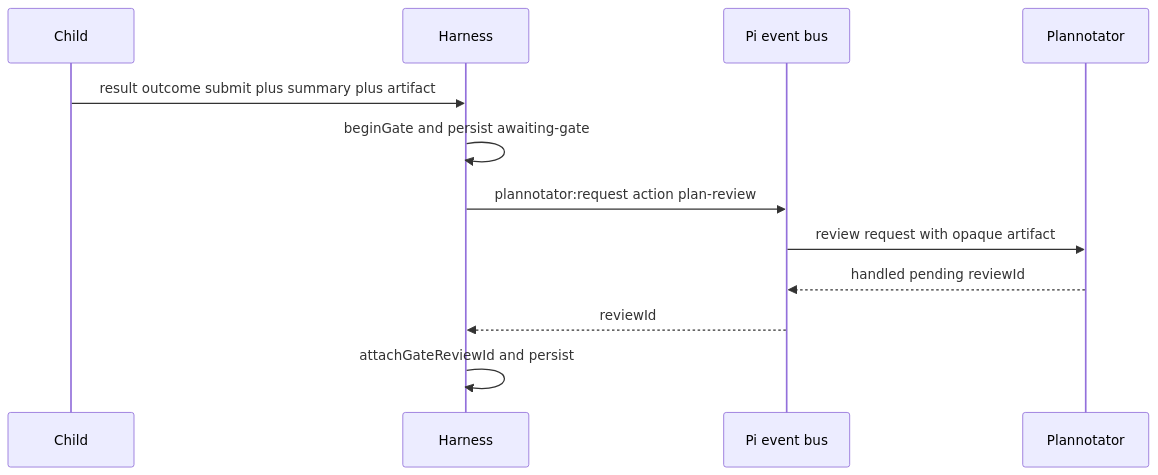
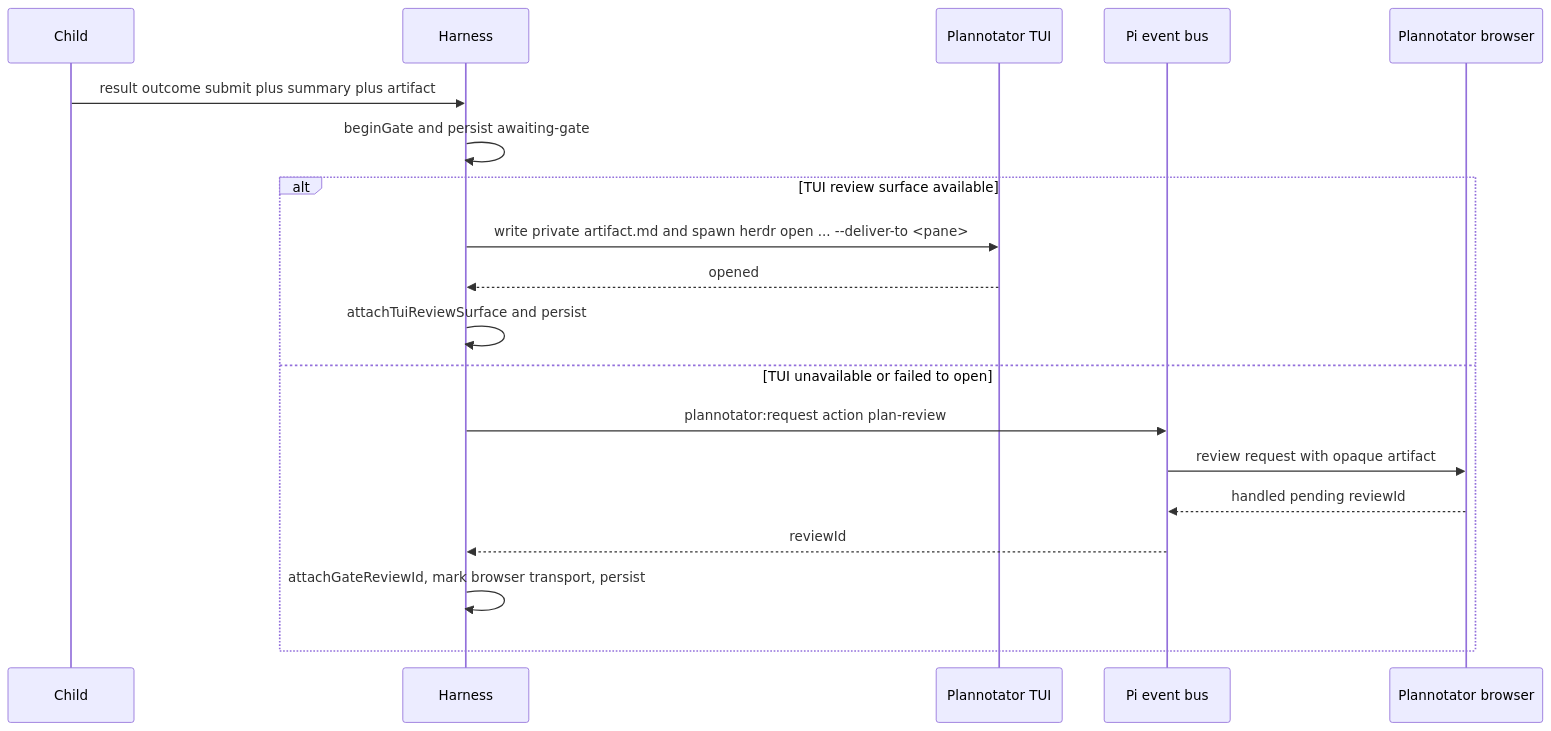
One commit to wichayutdew/pi-workflows changed the third of 6 diagrams in openwiki/integrations/plannotator.md. Above: the diagram before and after it, drawn with Mermaid. The commit also changed other lines of this file and 12 other files, not shown here.

First line of the commit message:
feat: prefer Plannotator TUI gates

````diff
--- a/openwiki/integrations/plannotator.md
+++ b/openwiki/integrations/plannotator.md
@@ -47,15 +47,22 @@
 ```mermaid
 sequenceDiagram
   participant Child
   participant Harness
+  participant TUI as Plannotator TUI
   participant Pi as Pi event bus
-  participant Review as Plannotator
+  participant Review as Plannotator browser
 
   Child->>Harness: result outcome submit plus summary plus artifact
   Harness->>Harness: beginGate and persist awaiting-gate
-  Harness->>Pi: plannotator:request action plan-review
-  Pi->>Review: review request with opaque artifact
-  Review-->>Pi: handled pending reviewId
-  Pi-->>Harness: reviewId
-  Harness->>Harness: attachGateReviewId and persist
+  alt TUI review surface available
+    Harness->>TUI: write private artifact.md and spawn herdr open ... --deliver-to <pane>
+    TUI-->>Harness: opened
+    Harness->>Harness: attachTuiReviewSurface and persist
+  else TUI unavailable or failed to open
+    Harness->>Pi: plannotator:request action plan-review
+    Pi->>Review: review request with opaque artifact
+    Review-->>Pi: handled pending reviewId
+    Pi-->>Harness: reviewId
+    Harness->>Harness: attachGateReviewId, mark browser transport, persist
+  end
 ```
````
